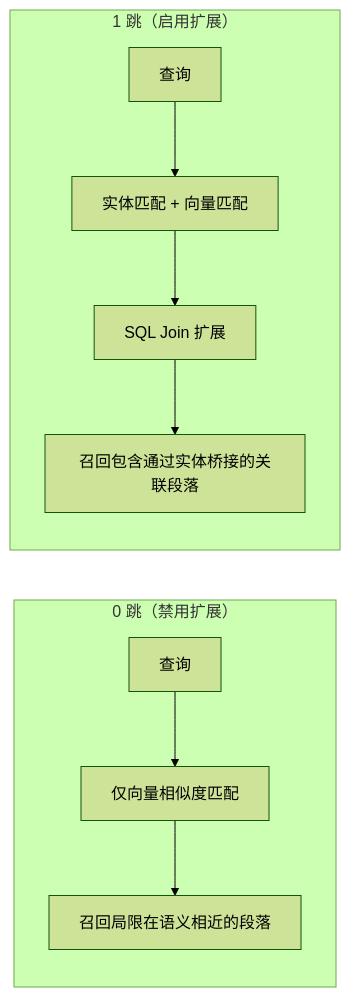
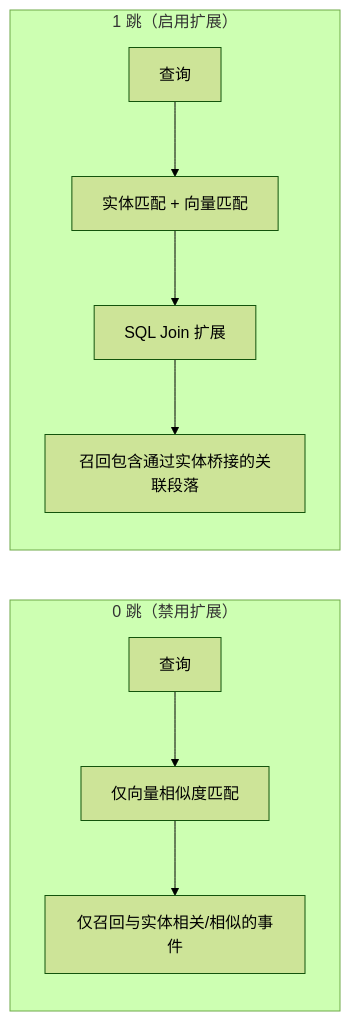
The eighth of 10 diagrams in docs/讲稿_润色版.md (VegetableBCoder/visual-novel-translator), drawn with Mermaid (forest theme) before and after one commit. The commit also changed 1 other file, not shown here.

Commit message:
* 生成pdf

````diff
--- a/docs/讲稿_润色版.md
+++ b/docs/讲稿_润色版.md
@@ -467,13 +467,13 @@
 ```mermaid
 flowchart LR
     subgraph ZeroHop["0 跳（禁用扩展）"]
         Z1[查询] --> Z2[仅向量相似度匹配]
-        Z2 --> Z3[召回局限在语义相近的段落]
+        Z2 --> Z3[仅召回与实体相关/相似的事件]
     end
 
     subgraph OneHop["1 跳（启用扩展）"]
         O1[查询] --> O2[实体匹配 + 向量匹配]
         O2 --> O3[SQL Join 扩展]
         O3 --> O4[召回包含通过实体桥接的关联段落]
     end
 ```
````
